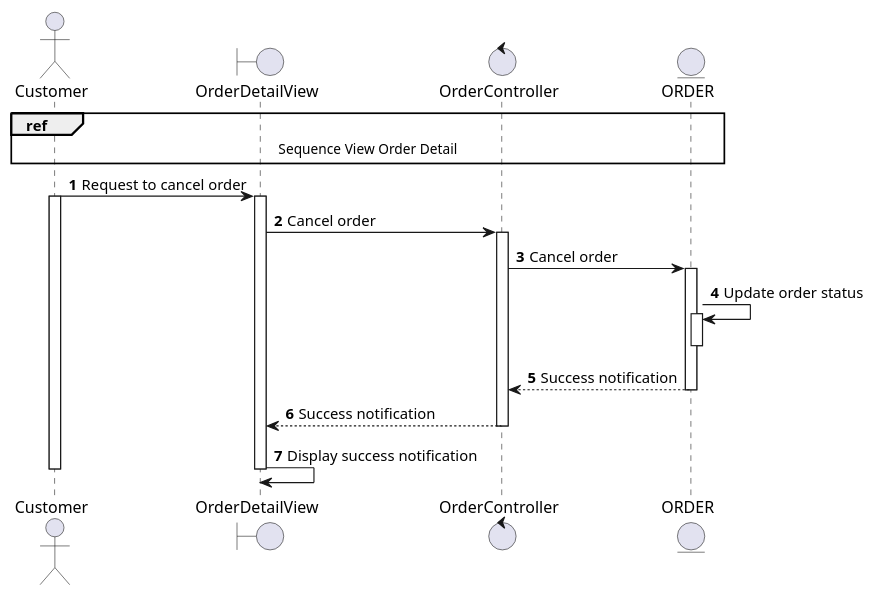
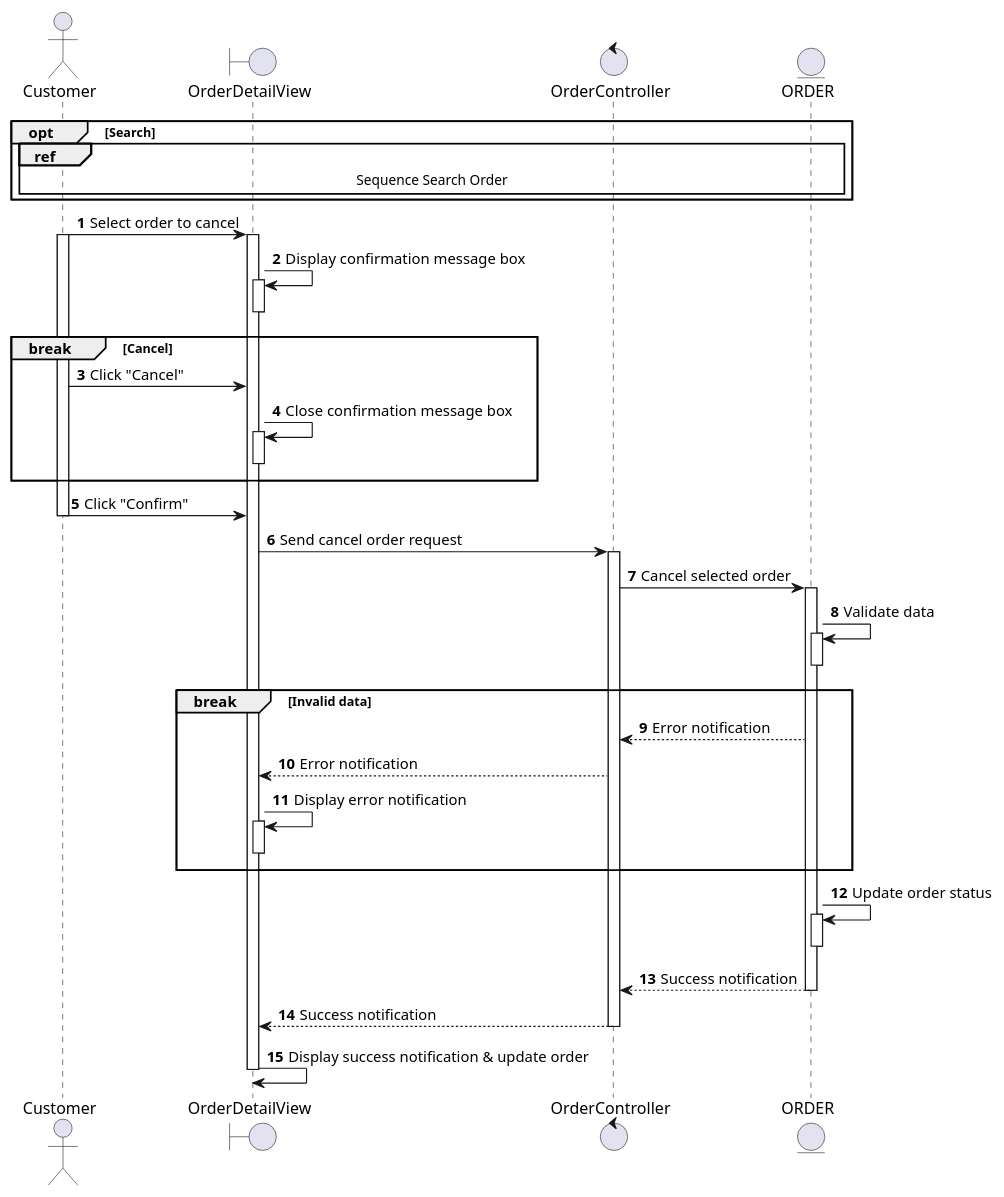
The diagram in docs/docs/sequence/view-order/cancel-order.md (electricilies/electricilies.github.io), drawn with PlantUML before and after one commit. The commit also changed 20 other files, not shown here.

````diff
--- a/docs/docs/sequence/view-order/cancel-order.md
+++ b/docs/docs/sequence/view-order/cancel-order.md
@@ -3,30 +3,52 @@
 ```plantuml
 @startuml
 autonumber
 
 actor Customer as C
 boundary OrderDetailView as ODV
 control OrderController as OC
 entity ORDER as O
 
-ref over C, O: Sequence View Order Detail
-C -> ODV: Request to cancel order
+opt Search
+  ref over C, O: Sequence Search Order
+end
+C -> ODV: Select order to cancel
 activate C
 activate ODV
-ODV -> OC: Cancel order
+ODV -> ODV: Display confirmation message box
+activate ODV
+deactivate ODV
+break Cancel
+  C -> ODV: Click "Cancel"
+  ODV -> ODV: Close confirmation message box
+  activate ODV
+  deactivate ODV
+end
+C -> ODV: Click "Confirm"
+deactivate C
+ODV -> OC: Send cancel order request
 activate OC
-OC -> O: Cancel order
+OC -> O: Cancel selected order
 activate O
+O -> O: Validate data
+activate O
+deactivate O
+break Invalid data
+  OC <-- O: Error notification
+  ODV <-- OC: Error notification
+  ODV -> ODV: Display error notification
+  activate ODV
+  deactivate ODV
+end
 O -> O: Update order status
 activate O
 deactivate O
 OC <-- O: Success notification
 deactivate O
 ODV <-- OC: Success notification
 deactivate OC
-ODV -> ODV: Display success notification
+ODV -> ODV: Display success notification & update order
 deactivate ODV
-deactivate C
 
 @enduml
 ```
````
